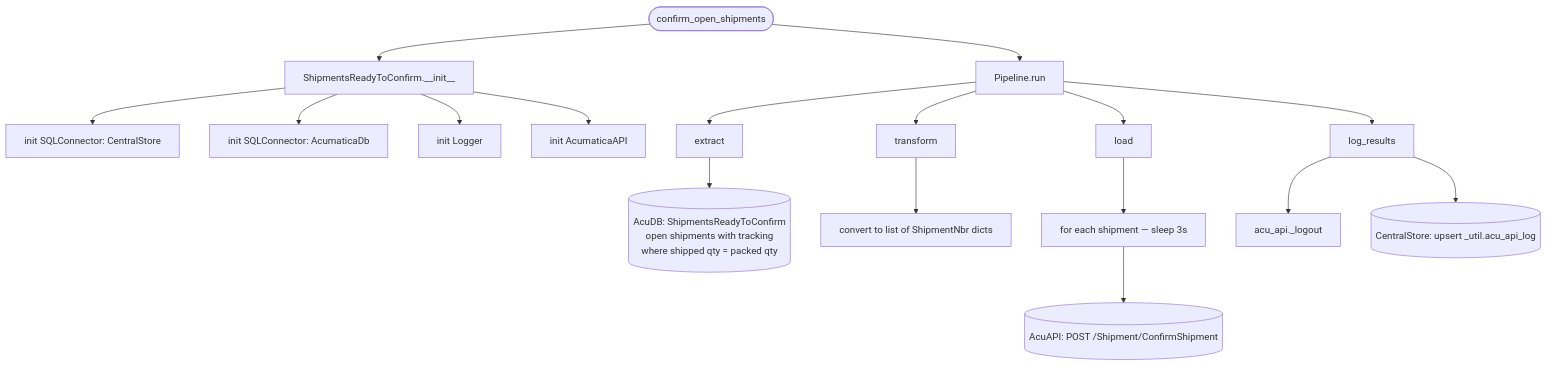
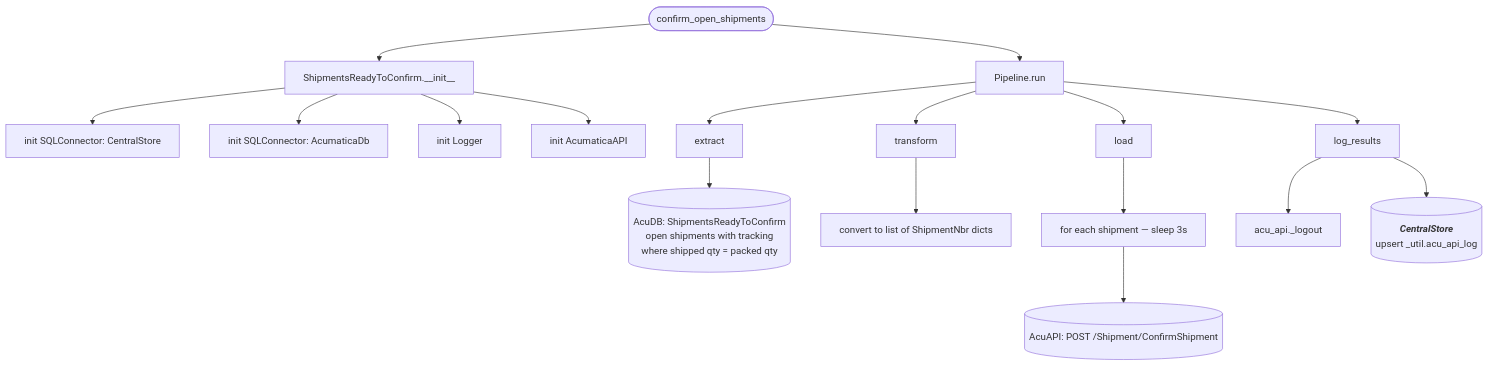
One commit to journeyhl/integration-platform changed the diagram in docs/pipelines/confirm_open_shipments.md. Above: the diagram before and after it, drawn with Mermaid. The commit also changed 25 other files, not shown here.

````diff
--- a/docs/pipelines/confirm_open_shipments.md
+++ b/docs/pipelines/confirm_open_shipments.md
@@ -1,24 +1,27 @@
 ```mermaid
 %%{init: {"flowchart": {"wrappingWidth": 400}}}%%
 flowchart TD
     A([confirm_open_shipments]) --> B[ShipmentsReadyToConfirm.__init__]
     B --> B1[init SQLConnector: CentralStore]
     B --> B2[init SQLConnector: AcumaticaDb]
     B --> B3[init Logger]
     B --> B4[init AcumaticaAPI]
     A --> RUN[Pipeline.run]
 
     RUN --> EX[extract]
     EX --> D1[(AcuDB: ShipmentsReadyToConfirm<br/>open shipments with tracking<br/>where shipped qty = packed qty)]
 
     RUN --> TR[transform]
     TR --> T1[convert to list of ShipmentNbr dicts]
 
     RUN --> LD[load]
     LD --> LS[for each shipment — sleep 3s]
     LS --> L1[(AcuAPI: POST /Shipment/ConfirmShipment)]
 
     RUN --> LR[log_results]
     LR --> LO[acu_api._logout]
-    LR --> UPS[(CentralStore: upsert _util.acu_api_log)]
+    LR --> UPS[(
+        <b><i>CentralStore</i></b>
+        upsert _util.acu_api_log
+    )]
 ```
````
